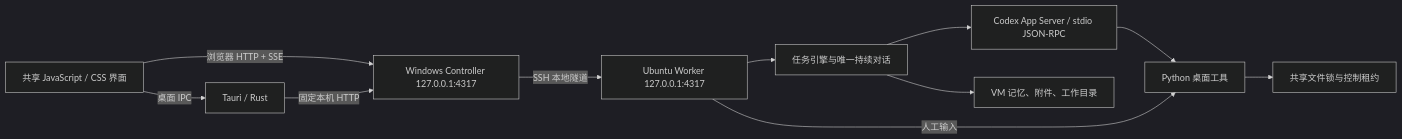
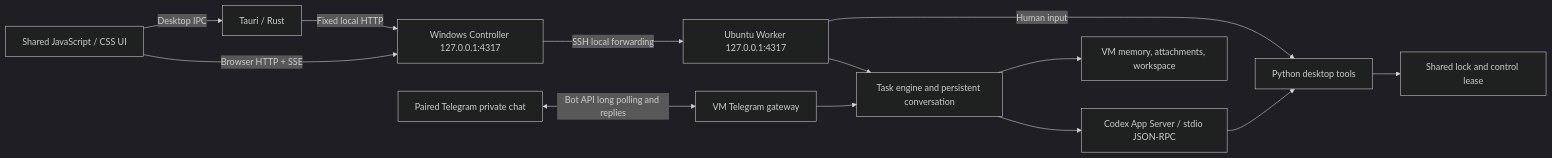
The first of 3 diagrams in docs/architecture.md (Stephen-Sim/dant), drawn with Mermaid (dark theme) before and after one commit. The commit also changed other lines of this file and 49 other files, not shown here.

````diff
--- a/docs/architecture.md
+++ b/docs/architecture.md
@@ -5,13 +7,15 @@
 ```mermaid
 flowchart LR
-  UI[共享 JavaScript / CSS 界面] -->|浏览器 HTTP + SSE| Controller
-  UI -->|桌面 IPC| Rust[Tauri / Rust]
-  Rust -->|固定本机 HTTP| Controller[Windows Controller 127.0.0.1:4317]
-  Controller -->|SSH 本地隧道| Worker[Ubuntu Worker 127.0.0.1:4317]
-  Worker --> Engine[任务引擎与唯一持续对话]
+  UI[Shared JavaScript / CSS UI] -->|Browser HTTP + SSE| Controller
+  UI -->|Desktop IPC| Rust[Tauri / Rust]
+  Rust -->|Fixed local HTTP| Controller[Windows Controller 127.0.0.1:4317]
+  Controller -->|SSH local forwarding| Worker[Ubuntu Worker 127.0.0.1:4317]
+  Worker --> Engine[Task engine and persistent conversation]
+  Telegram[Paired Telegram private chat] <-->|Bot API long polling and replies| Gateway[VM Telegram gateway]
+  Gateway --> Engine
   Engine --> Codex[Codex App Server / stdio JSON-RPC]
-  Engine --> Files[VM 记忆、附件、工作目录]
-  Codex --> Desktop[Python 桌面工具]
-  Worker -->|人工输入| Desktop
-  Desktop --> Lock[共享文件锁与控制租约]
+  Engine --> Files[VM memory, attachments, workspace]
+  Codex --> Desktop[Python desktop tools]
+  Worker -->|Human input| Desktop
+  Desktop --> Lock[Shared lock and control lease]
 ```
````
